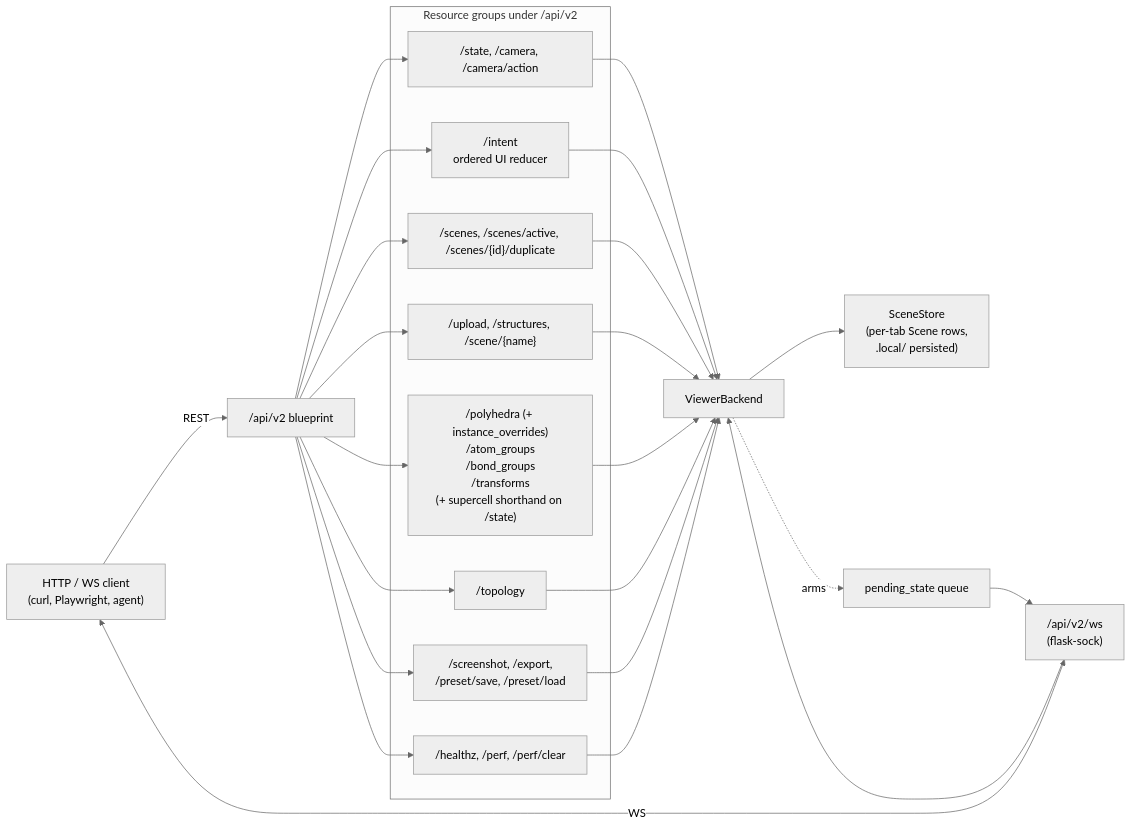
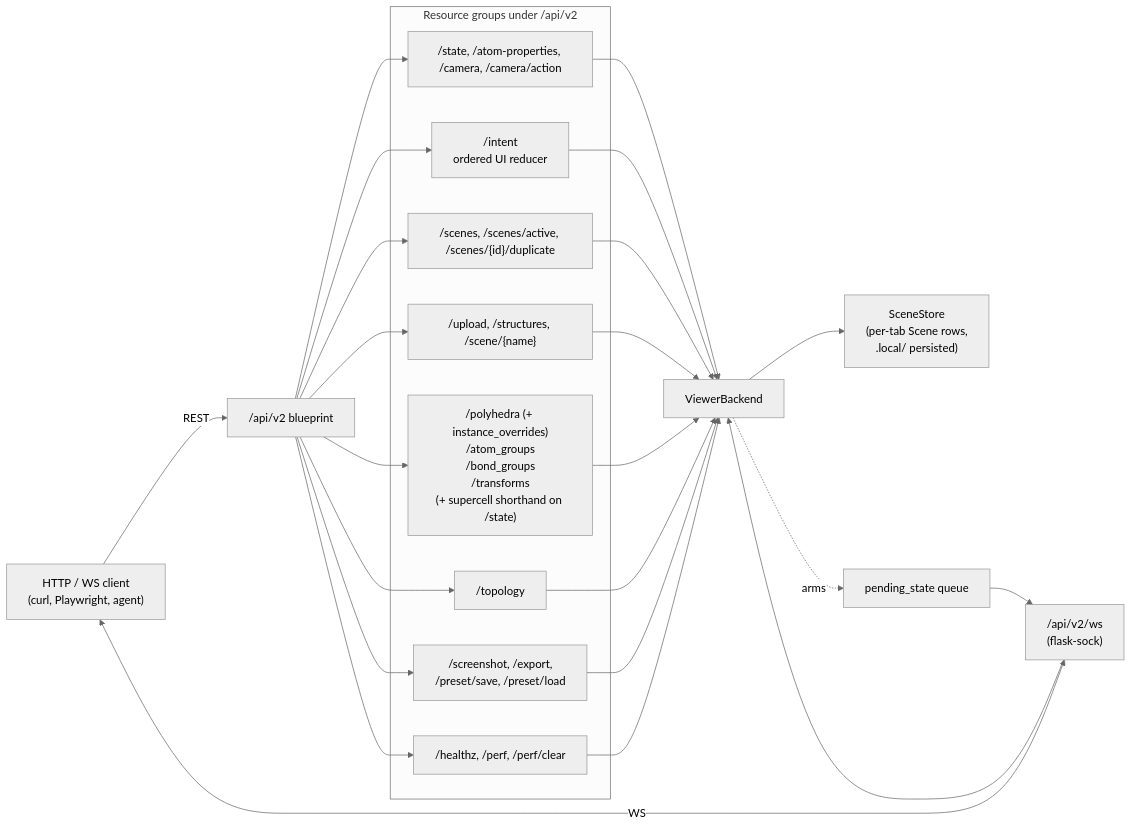
Before and after one commit to SchrodingersCattt/MatterVis: the first of 3 diagrams in docs/agents/dash_service.md, drawn with Mermaid (neutral theme). The commit also changed other lines of this file and 57 other files, not shown here.

Commit message:
feat: color atoms and bonds by per-atom properties

````diff
--- a/docs/agents/dash_service.md
+++ b/docs/agents/dash_service.md
@@ -22,39 +22,39 @@
 ```mermaid
 flowchart LR
     CLIENT["HTTP / WS client<br/>(curl, Playwright, agent)"]
     CLIENT -->|REST| API["/api/v2 blueprint"]
     CLIENT <-->|WS| WS["/api/v2/ws<br/>(flask-sock)"]
 
     subgraph RES["Resource groups under /api/v2"]
-        STATE["/state, /camera, /camera/action"]
+        STATE["/state, /atom-properties, /camera, /camera/action"]
         INTENT["/intent<br/>ordered UI reducer"]
         SCENES["/scenes, /scenes/active, /scenes/{id}/duplicate"]
         STRUCT["/upload, /structures, /scene/{name}"]
         OVERLAY["/polyhedra (+ instance_overrides)<br/>/atom_groups<br/>/bond_groups<br/>/transforms<br/>(+ supercell shorthand on /state)"]
         TOPO["/topology"]
         EXPORT["/screenshot, /export,<br/>/preset/save, /preset/load"]
         OBS["/healthz, /perf, /perf/clear"]
     end
 
     API --> STATE
     API --> INTENT
     API --> SCENES
     API --> STRUCT
     API --> OVERLAY
     API --> TOPO
     API --> EXPORT
     API --> OBS
 
     STATE --> BACK["ViewerBackend"]
     INTENT --> BACK
     SCENES --> BACK
     STRUCT --> BACK
     OVERLAY --> BACK
     TOPO --> BACK
     EXPORT --> BACK
     OBS --> BACK
     WS --> BACK
     BACK --> STORE["SceneStore<br/>(per-tab Scene rows,<br/>.local/ persisted)"]
     BACK -. "arms" .-> PEND["pending_state queue"]
     PEND --> WS
 ```
````
